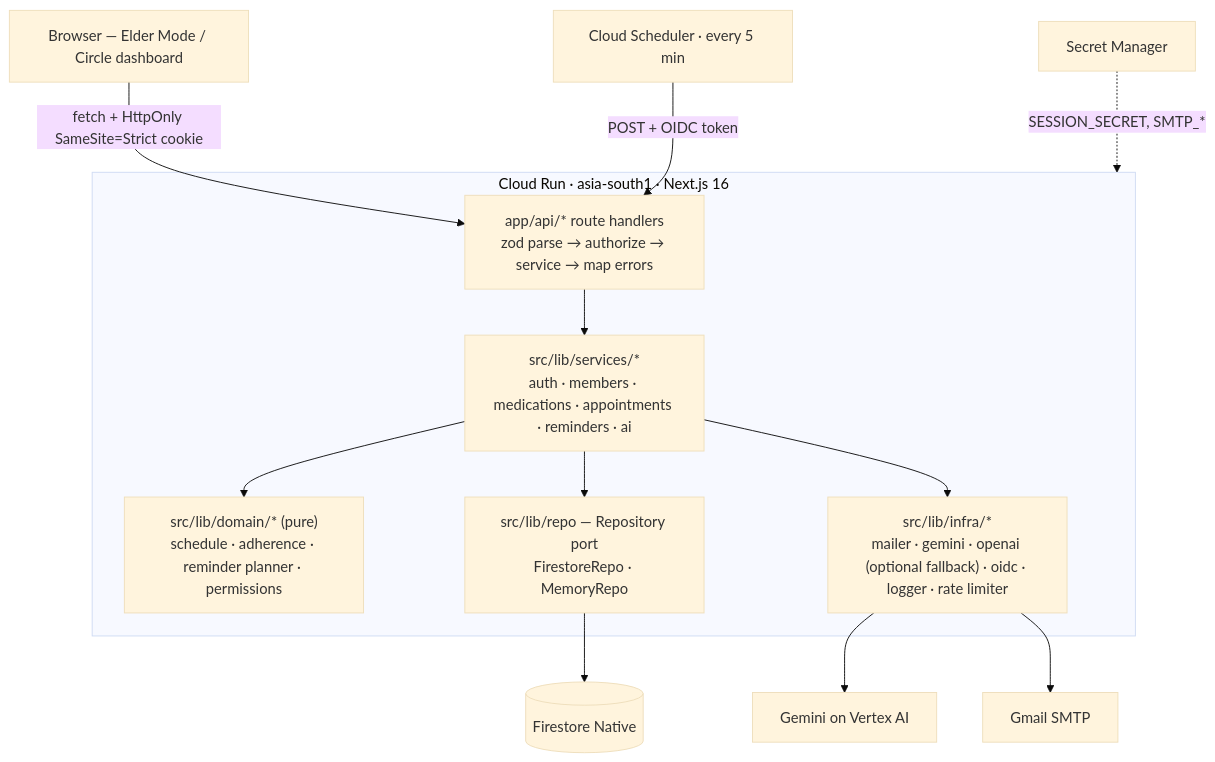
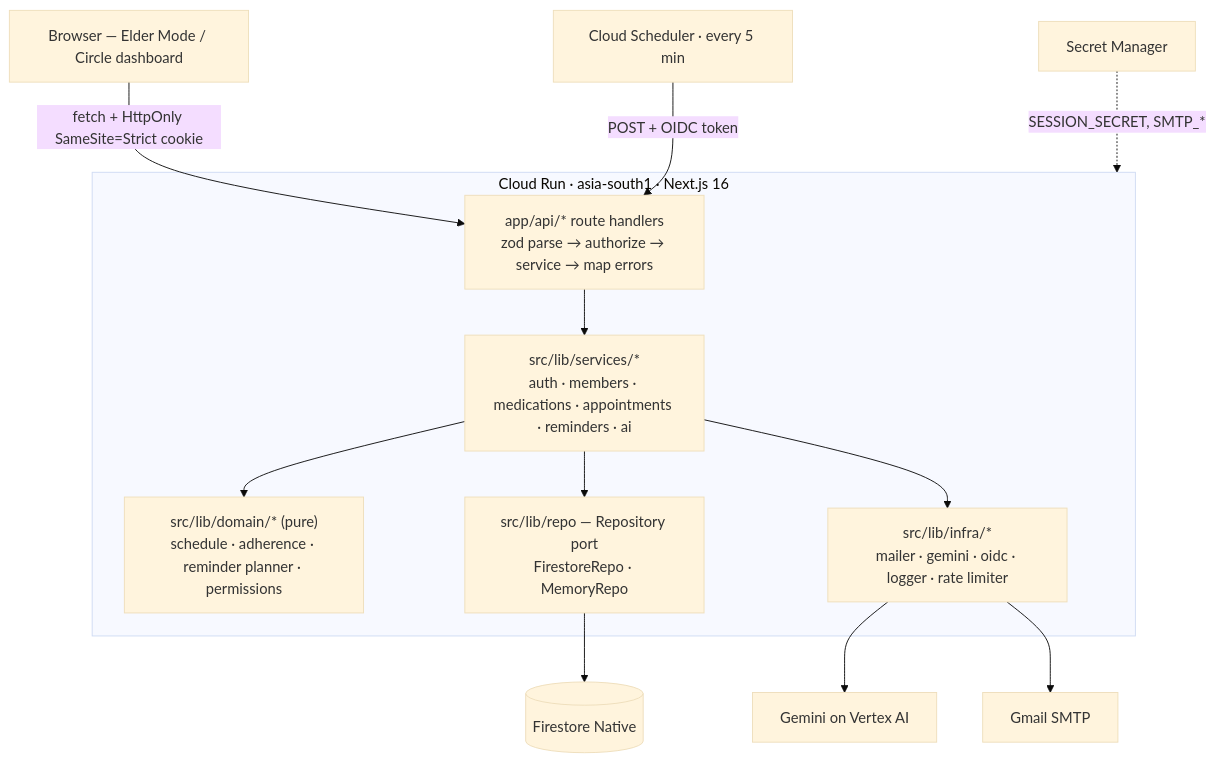
The diagram in README.md (RitikBhardwaj-programmer/carecircle), drawn with Mermaid (base theme) before and after one commit. The commit also changed other lines of this file and 6 other files, not shown here.

First line of the commit message:
Use Gemini on Vertex AI only for the assistant; remove the OpenAI fallback

````diff
--- a/README.md
+++ b/README.md
@@ -37,19 +37,19 @@
 ```mermaid
 flowchart TD
   B[Browser — Elder Mode / Circle dashboard] -- "fetch + HttpOnly SameSite=Strict cookie" --> R
   subgraph CR[Cloud Run · asia-south1 · Next.js 16]
     R["app/api/* route handlers<br/>zod parse → authorize → service → map errors"]
     S["src/lib/services/*<br/>auth · members · medications · appointments · reminders · ai"]
     D["src/lib/domain/* (pure)<br/>schedule · adherence · reminder planner · permissions"]
     P["src/lib/repo — Repository port<br/>FirestoreRepo · MemoryRepo"]
-    I["src/lib/infra/*<br/>mailer · gemini · openai (optional fallback) · oidc · logger · rate limiter"]
+    I["src/lib/infra/*<br/>mailer · gemini · oidc · logger · rate limiter"]
     R --> S --> D
     S --> P
     S --> I
   end
   P --> F[(Firestore Native)]
   I --> G[Gemini on Vertex AI]
   I --> M[Gmail SMTP]
   CS[Cloud Scheduler · every 5 min] -- "POST + OIDC token" --> R
   SM[Secret Manager] -. "SESSION_SECRET, SMTP_*" .-> CR
 ```
````
